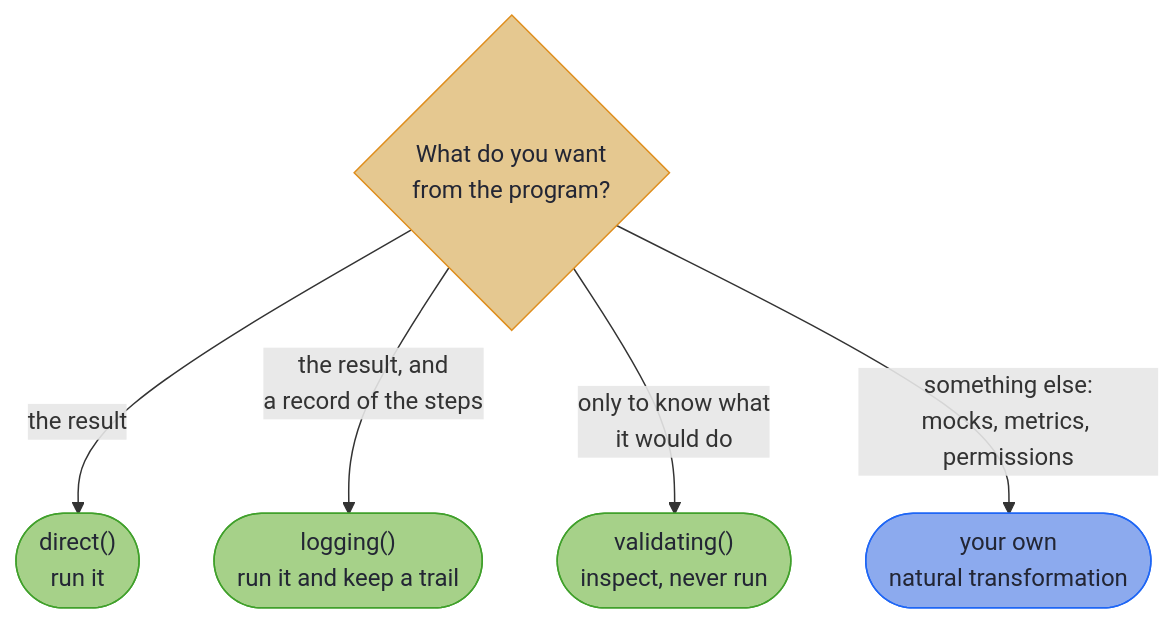
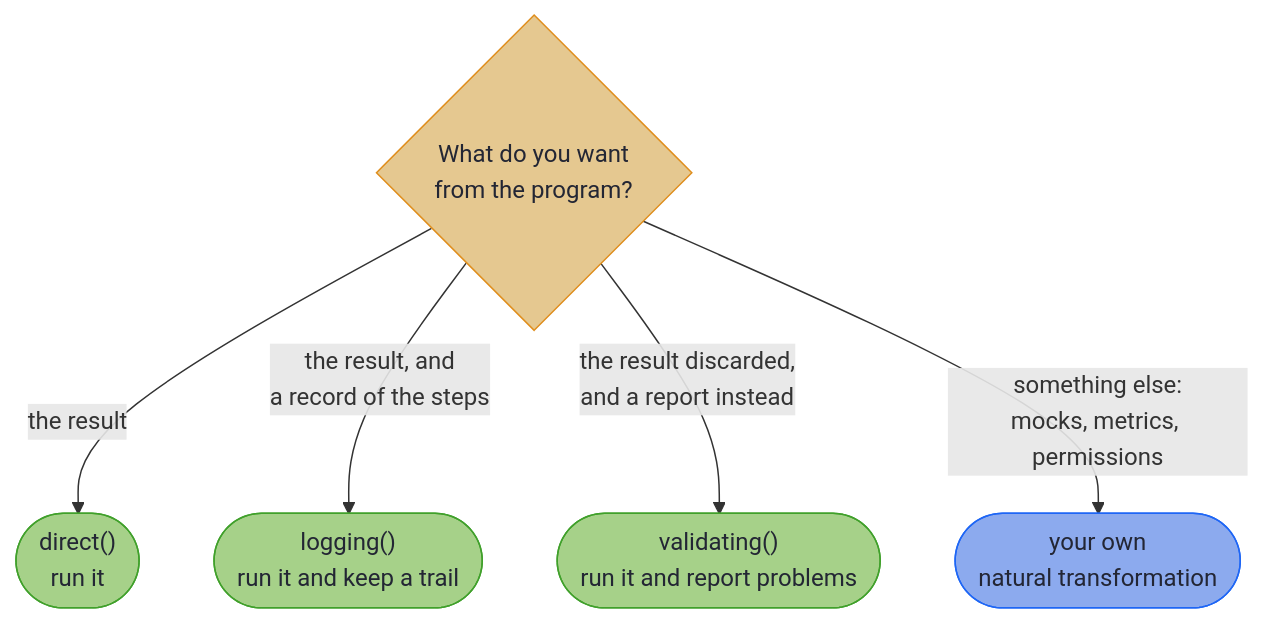
The diagram in hkj-book/src/optics/ch6_intro.md (higher-kinded-j/higher-kinded-j), drawn with Mermaid before and after one commit. The commit also changed other lines of this file and 2 other files, not shown here.

````diff
--- a/hkj-book/src/optics/ch6_intro.md
+++ b/hkj-book/src/optics/ch6_intro.md
@@ -56,15 +66,15 @@
 ```mermaid
 flowchart TD
     Q{"What do you want<br/>from the program?"}
     Q -->|"the result"| D(["direct()<br/>run it"])
     Q -->|"the result, and<br/>a record of the steps"| L(["logging()<br/>run it and keep a trail"])
-    Q -->|"only to know what<br/>it would do"| V(["validating()<br/>inspect, never run"])
+    Q -->|"the result discarded,<br/>and a report instead"| V(["validating()<br/>run it and report problems"])
     Q -->|"something else:<br/>mocks, metrics, permissions"| O(["your own<br/>natural transformation"])
 
     classDef decision fill:#e5c890,stroke:#df8e1d,color:#232634
     classDef tier fill:#a6d189,stroke:#40a02b,color:#232634
     classDef wire fill:#8caaee,stroke:#1e66f5,color:#232634
     class Q decision
     class D,L,V tier
     class O wire
 ```
````
